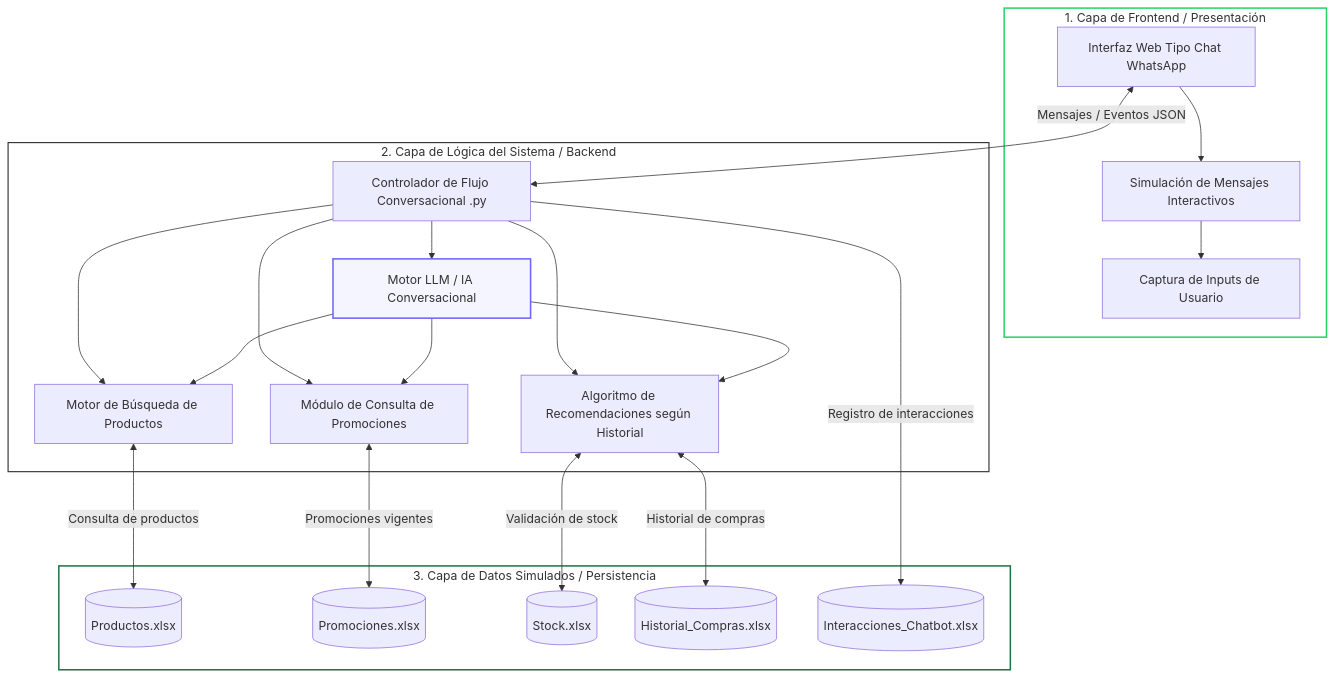
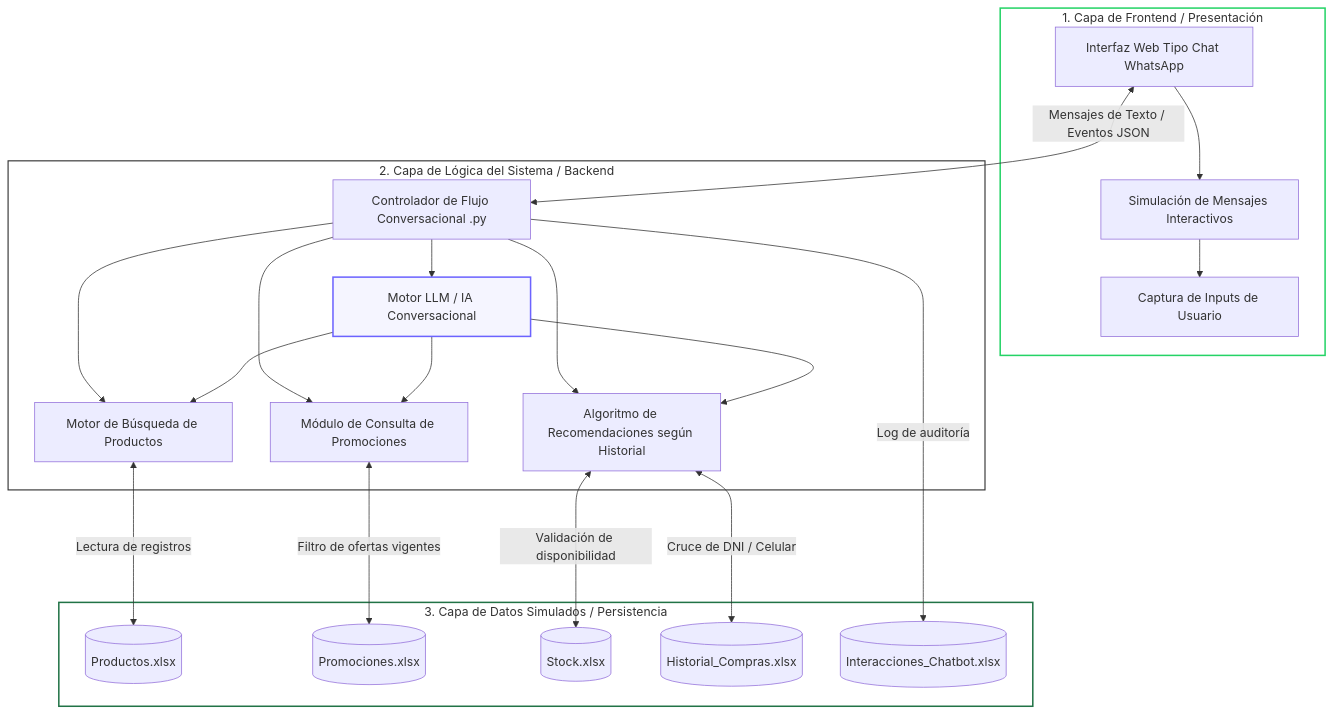
One commit to JH-Compan/Tambo-IA-Shopping-Assistant changed the first of 2 diagrams in docs/arquitectura/arquitectura-base.md. Above: the diagram before and after it, drawn with Mermaid. The commit also changed other lines of this file, not shown here.

````diff
--- a/docs/arquitectura/arquitectura-base.md
+++ b/docs/arquitectura/arquitectura-base.md
@@ -108,45 +108,88 @@
 ```mermaid
 graph TD
+
+    %% =========================
+    %% CAPA DE PRESENTACIÓN
+    %% =========================
+
     subgraph Capa_Presentacion [1. Capa de Frontend / Presentación]
-        A[Interfaz Web Tipo Chat WhatsApp] --> B[Simulación de Mensajes Interactivos]
+
+        A[Interfaz Web Tipo Chat WhatsApp]
+            --> B[Simulación de Mensajes Interactivos]
+
         B --> C[Captura de Inputs de Usuario]
+
     end
 
+
+    %% =========================
+    %% CAPA DE LÓGICA
+    %% =========================
+
     subgraph Capa_Logica [2. Capa de Lógica del Sistema / Backend]
+
         D[Controlador de Flujo Conversacional .py]
 
         D --> E[Motor de Búsqueda de Productos]
+
         D --> F[Módulo de Consulta de Promociones]
+
         D --> G[Algoritmo de Recomendaciones según Historial]
 
         D --> M[Motor LLM / IA Conversacional]
 
-        M --> G
+        %% Interacción del LLM
         M --> E
         M --> F
+        M --> G
+
     end
 
+
+    %% =========================
+    %% CAPA DE DATOS
+    %% =========================
+
     subgraph Capa_Datos [3. Capa de Datos Simulados / Persistencia]
+
         H[(Productos.xlsx)]
+
         I[(Promociones.xlsx)]
+
         J[(Stock.xlsx)]
+
         K[(Historial_Compras.xlsx)]
+
         L[(Interacciones_Chatbot.xlsx)]
+
     end
 
-    %% Conexiones
-    A <-->|Mensajes / Eventos JSON| D
 
-    E <--->|Consulta de productos| H
-    F <--->|Promociones vigentes| I
-    G <--->|Historial de compras| K
-    G <--->|Validación de stock| J
+    %% =========================
+    %% CONEXIONES PRINCIPALES
+    %% =========================
 
-    D --->|Registro de interacciones| L
+    A <-->|Mensajes de Texto / Eventos JSON| D
 
-    %% Estilos
+    E <--->|Lectura de registros| H
+
+    F <--->|Filtro de ofertas vigentes| I
+
+    G <--->|Cruce de DNI / Celular| K
+
+    G <--->|Validación de disponibilidad| J
+
+    D --->|Log de auditoría| L
+
+
+    %% =========================
+    %% ESTILOS
+    %% =========================
+
     style Capa_Presentacion fill:#ffffff,stroke:#25D366,stroke-width:2px
+
     style Capa_Logica fill:#ffffff,stroke:#333333,stroke-width:1.5px
+
     style Capa_Datos fill:#ffffff,stroke:#217346,stroke-width:2px
 
     style M fill:#f5f5ff,stroke:#6C63FF,stroke-width:2px
````
